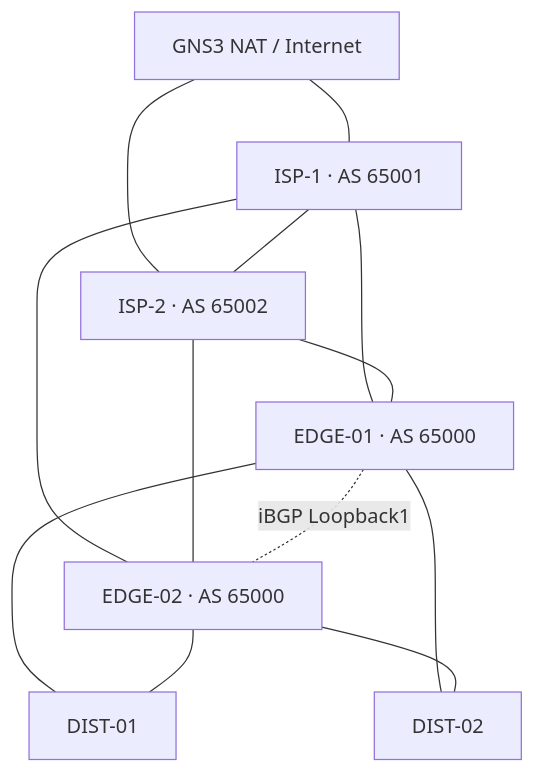
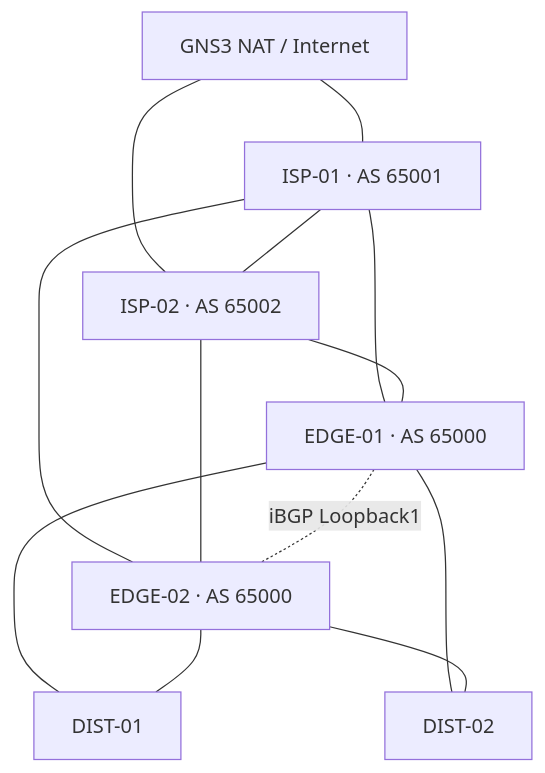
One commit to justinrossca/Enterprise-Campus-Network changed the diagram in docs/wan-bgp-nat.md. Above: the diagram before and after it, drawn with Mermaid. The commit also changed other lines of this file, not shown here.

````diff
--- a/docs/wan-bgp-nat.md
+++ b/docs/wan-bgp-nat.md
@@ -13,22 +13,22 @@
 ```mermaid
 flowchart TB
     NAT["GNS3 NAT / Internet"]
-    I1["ISP-1 · AS 65001"]
-    I2["ISP-2 · AS 65002"]
+    I1["ISP-01 · AS 65001"]
+    I2["ISP-02 · AS 65002"]
     E1["EDGE-01 · AS 65000"]
     E2["EDGE-02 · AS 65000"]
     D1["DIST-01"]
     D2["DIST-02"]
     NAT --- I1
     NAT --- I2
     I1 --- I2
     I1 --- E1
     I1 --- E2
     I2 --- E1
     I2 --- E2
     E1 -. "iBGP Loopback1" .- E2
     E1 --- D1
     E1 --- D2
     E2 --- D1
     E2 --- D2
 ```
````
